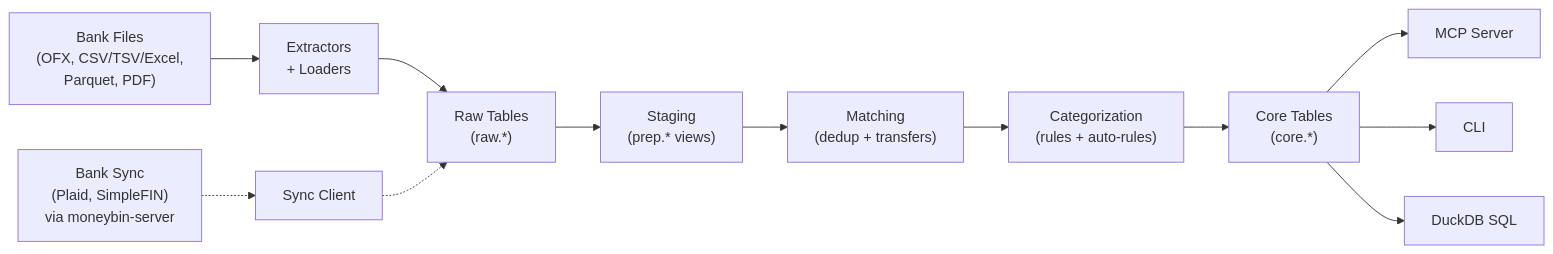
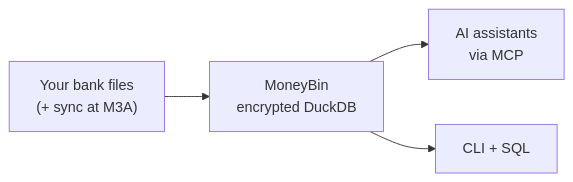
One commit to bsaffel/moneybin changed the diagram in README.md. Above: the diagram before and after it, drawn with Mermaid. The commit also changed other lines of this file and 31 other files, not shown here.

````diff
--- a/README.md
+++ b/README.md
@@ -35,14 +33,6 @@
 ```mermaid
 graph LR
-    A["Bank Files<br/>(OFX, CSV/TSV/Excel,<br/>Parquet, PDF)"] --> B["Extractors<br/>+ Loaders"]
-    A2["Bank Sync<br/>(Plaid, SimpleFIN)<br/>via moneybin-server"] -.-> B2["Sync Client"]
-    B --> C["Raw Tables<br/>(raw.*)"]
-    B2 -.-> C
-    C --> D["Staging<br/>(prep.* views)"]
-    D --> M["Matching<br/>(dedup + transfers)"]
-    M --> CAT["Categorization<br/>(rules + auto-rules)"]
-    CAT --> E["Core Tables<br/>(core.*)"]
-    E --> F["MCP Server"]
-    E --> G["CLI"]
-    E --> H["DuckDB SQL"]
+    A["Your bank files<br/>(+ sync at M3A)"] --> B["MoneyBin<br/>encrypted DuckDB"]
+    B --> C["AI assistants<br/>via MCP"]
+    B --> D["CLI + SQL"]
 ```
````
